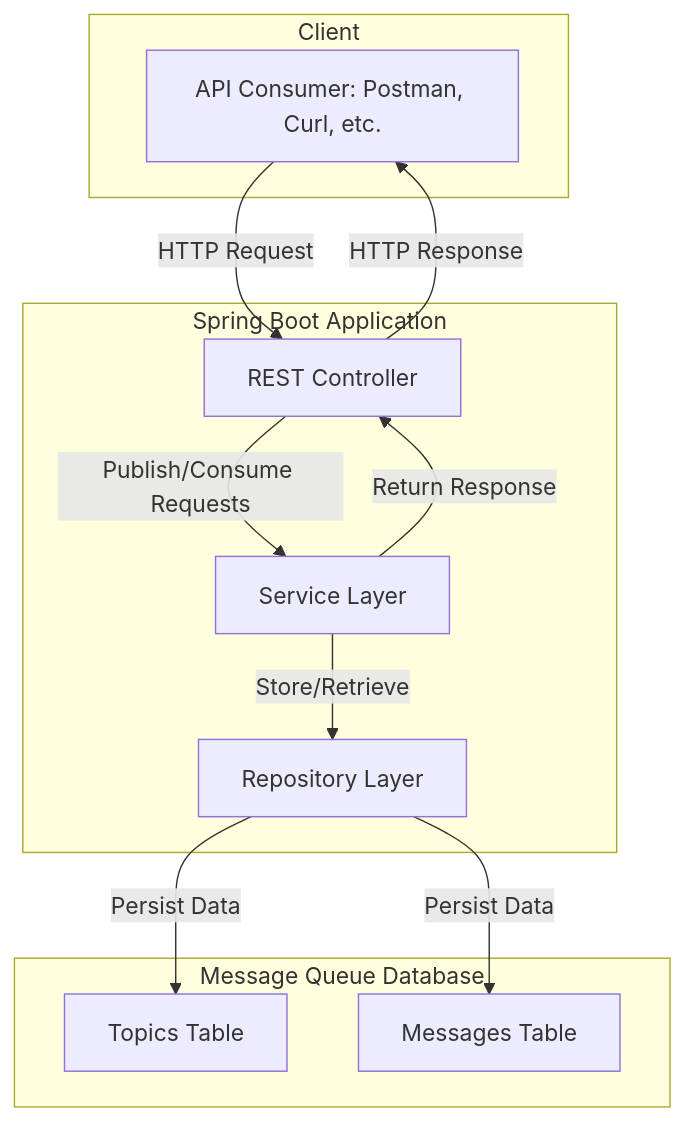
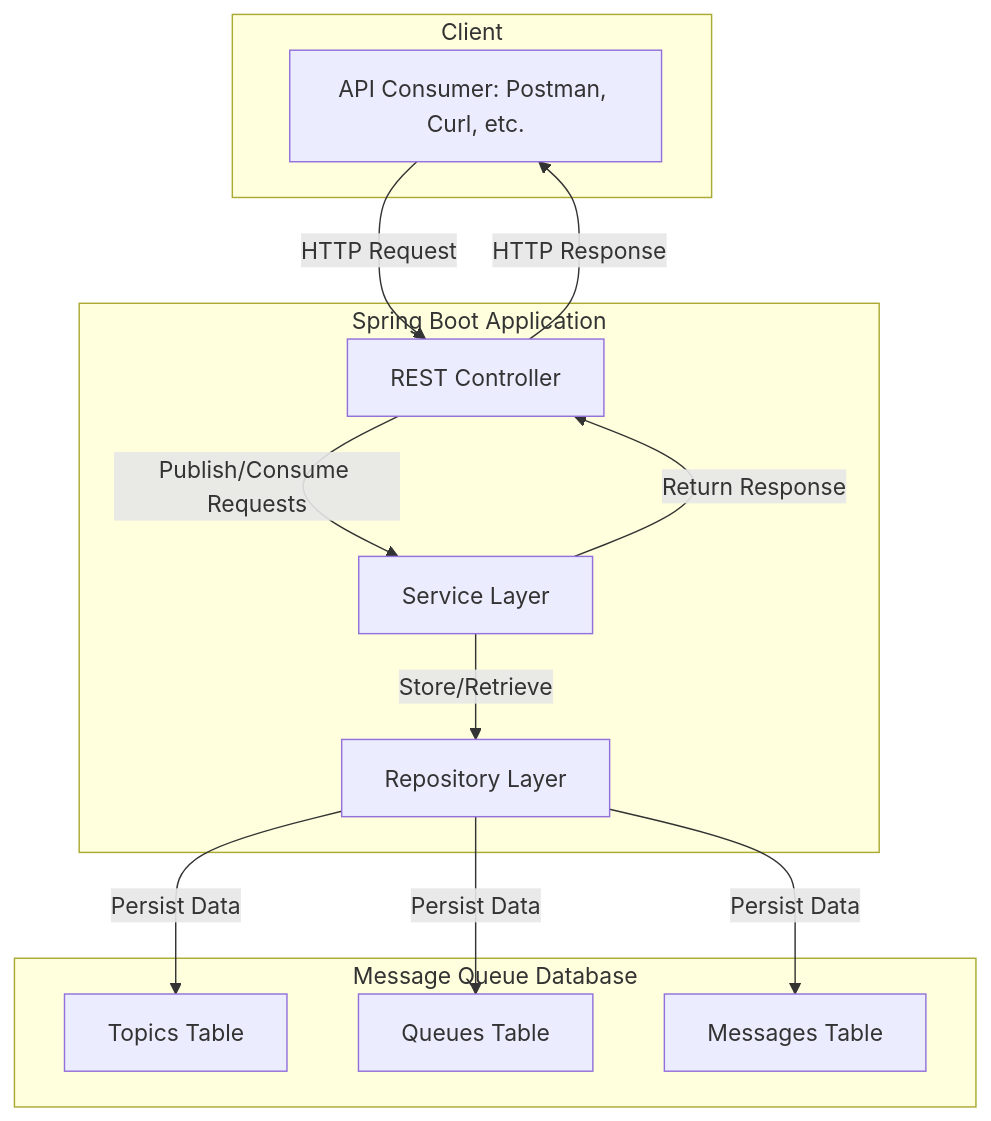
Before and after one commit to NoeFBou/Software_Architecture: the first of 2 diagrams in README.md, drawn with Mermaid. The commit also changed other lines of this file and 39 other files, not shown here.

````diff
--- a/README.md
+++ b/README.md
@@ -1,25 +4,28 @@
 ```mermaid
 graph TD;
     subgraph Client
         C1[API Consumer: Postman, Curl, etc.]
     end
 
     subgraph Server[Spring Boot Application]
         S1[REST Controller]
         S2[Service Layer]
         S3[Repository Layer]
     end
 
     subgraph Database[Message Queue Database]
         D1[Topics Table]
-        D2[Messages Table]
+        D2[Queues Table]
+        D3[Messages Table]
+
     end
 
     C1 -->|HTTP Request| S1
     S1 -->|Publish/Consume Requests| S2
     S2 -->|Store/Retrieve| S3
     S3 -->|Persist Data| D1
     S3 -->|Persist Data| D2
+    S3 -->|Persist Data| D3
     S2 -->|Return Response| S1
     S1 -->|HTTP Response| C1
 ```
````
